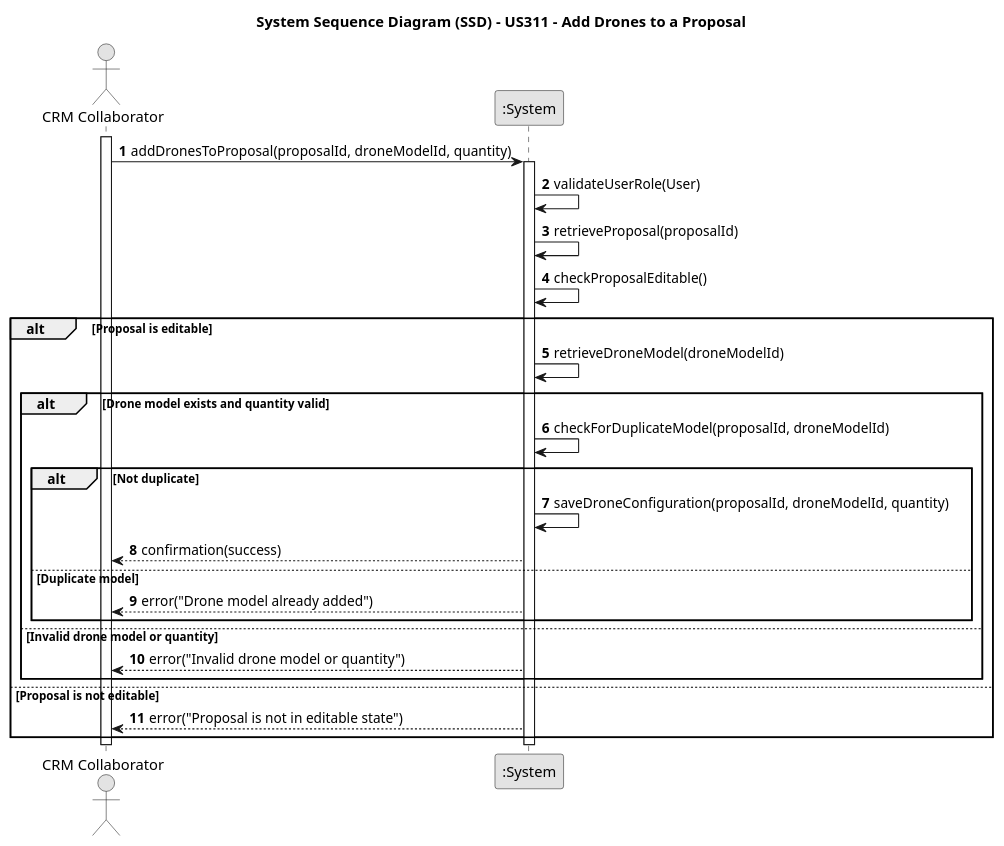
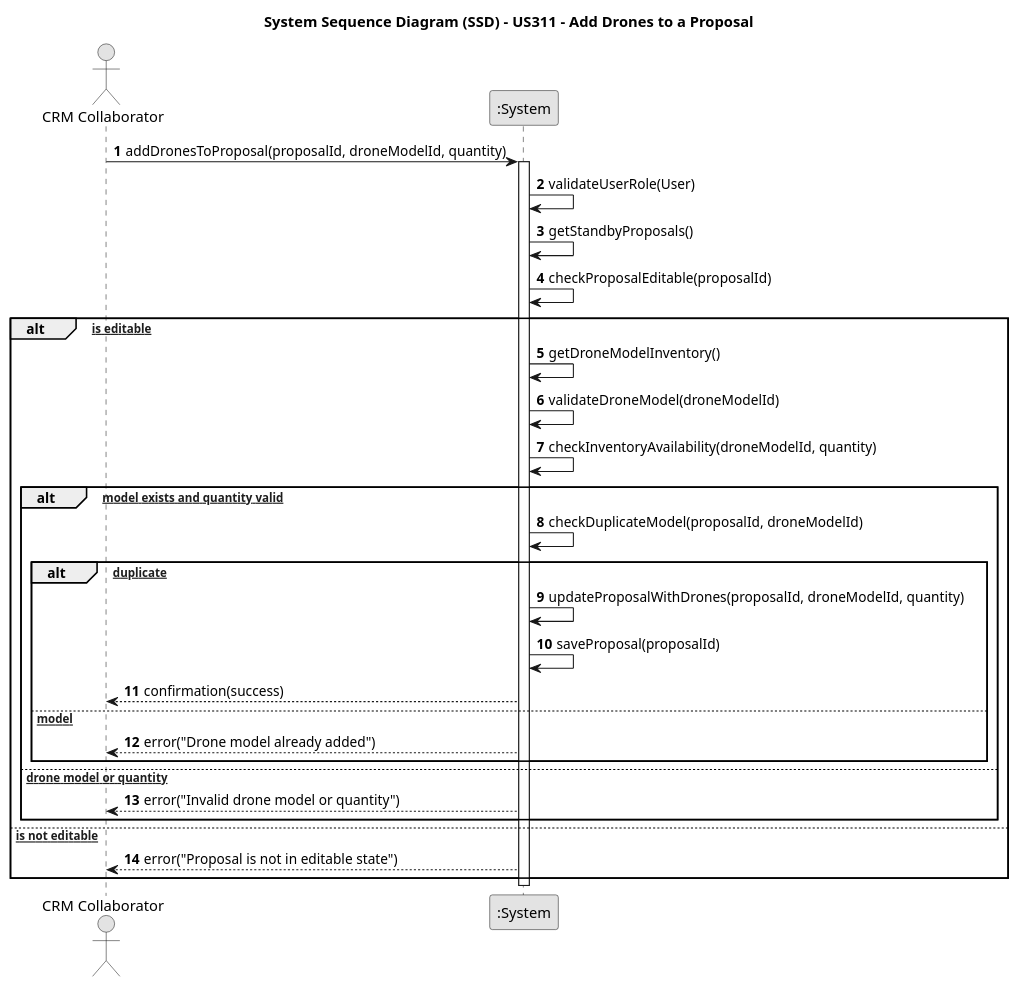
Before and after one commit to SAEmanuel/Shodrone_ISEP: the diagram in docs/planning/sprint3/EAPLI/US311 - Add drones to a proposal/01.requirements-engineering/puml/us311-sequence-diagram.puml, drawn with PlantUML. The commit also changed 42 other files, not shown here.

```diff
--- a/docs/planning/sprint3/EAPLI/US311 - Add drones to a proposal/01.requirements-engineering/puml/us311-sequence-diagram.puml
+++ b/docs/planning/sprint3/EAPLI/US311 - Add drones to a proposal/01.requirements-engineering/puml/us311-sequence-diagram.puml
@@ -1,42 +1,42 @@
 @startuml
 skinparam monochrome true
 skinparam packageStyle rectangle
 skinparam shadowing false
 
 title System Sequence Diagram (SSD) - US311 - Add Drones to a Proposal
 
-autonumber
-
 actor "CRM Collaborator" as User
 participant ":System" as System
 
-activate User
+autonumber
 
-    User -> System : addDronesToProposal(proposalId, droneModelId, quantity)
-    activate System
+User -> System : addDronesToProposal(proposalId, droneModelId, quantity)
+activate System
 
-        System -> System : validateUserRole(User)
-        System -> System : retrieveProposal(proposalId)
-        System -> System : checkProposalEditable()
+    System -> System : validateUserRole(User)
+    System -> System : getStandbyProposals()
+    System -> System : checkProposalEditable(proposalId)
 
-        alt Proposal is editable
-            System -> System : retrieveDroneModel(droneModelId)
-            alt Drone model exists and quantity valid
-                System -> System : checkForDuplicateModel(proposalId, droneModelId)
-                alt Not duplicate
-                    System -> System : saveDroneConfiguration(proposalId, droneModelId, quantity)
-                    System --> User : confirmation(success)
-                else Duplicate model
-                    System --> User : error("Drone model already added")
-                end
-            else Invalid drone model or quantity
-                System --> User : error("Invalid drone model or quantity")
+    alt [Proposal is editable]
+        System -> System : getDroneModelInventory()
+        System -> System : validateDroneModel(droneModelId)
+        System -> System : checkInventoryAvailability(droneModelId, quantity)
+
+        alt [Drone model exists and quantity valid]
+            System -> System : checkDuplicateModel(proposalId, droneModelId)
+            alt [Not duplicate]
+                System -> System : updateProposalWithDrones(proposalId, droneModelId, quantity)
+                System -> System : saveProposal(proposalId)
+                System --> User : confirmation(success)
+            else [Duplicate model]
+                System --> User : error("Drone model already added")
             end
-        else Proposal is not editable
-            System --> User : error("Proposal is not in editable state")
+        else [Invalid drone model or quantity]
+            System --> User : error("Invalid drone model or quantity")
         end
+    else [Proposal is not editable]
+        System --> User : error("Proposal is not in editable state")
+    end
 
-    deactivate System
-
-deactivate User
+deactivate System
 @enduml
```
